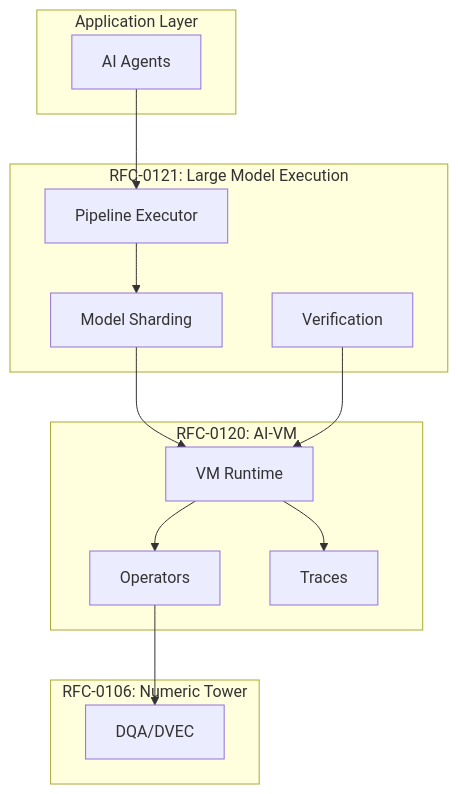
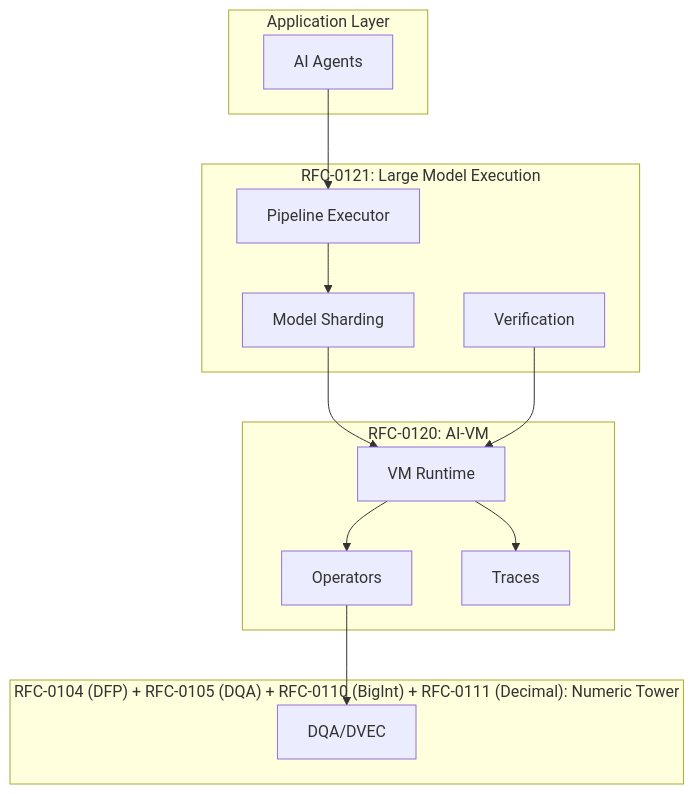
One commit to CipherOcto/cipherocto changed the third of 3 diagrams in rfcs/draft/ai-execution/0521-verifiable-large-model-execution.md. Above: the diagram before and after it, drawn with Mermaid. The commit also changed other lines of this file and 281 other files, not shown here.

````diff
--- a/rfcs/draft/ai-execution/0521-verifiable-large-model-execution.md
+++ b/rfcs/draft/ai-execution/0521-verifiable-large-model-execution.md
@@ -752,30 +752,30 @@
 ```mermaid
 graph TB
     subgraph "Application Layer"
         A[AI Agents]
     end
 
     subgraph "RFC-0121: Large Model Execution"
         P[Pipeline Executor]
         S[Model Sharding]
         V[Verification]
     end
 
     subgraph "RFC-0120: AI-VM"
         VM[VM Runtime]
         OP[Operators]
         TR[Traces]
     end
 
-    subgraph "RFC-0106: Numeric Tower"
+    subgraph "RFC-0104 (DFP) + RFC-0105 (DQA) + RFC-0110 (BigInt) + RFC-0111 (Decimal): Numeric Tower"
         NT[DQA/DVEC]
     end
 
     A --> P
     P --> S
     S --> VM
     VM --> OP
     VM --> TR
     OP --> NT
     V --> VM
 ```
````
